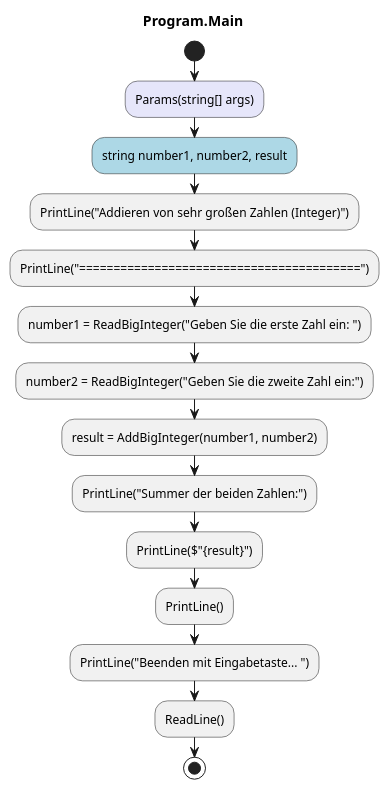
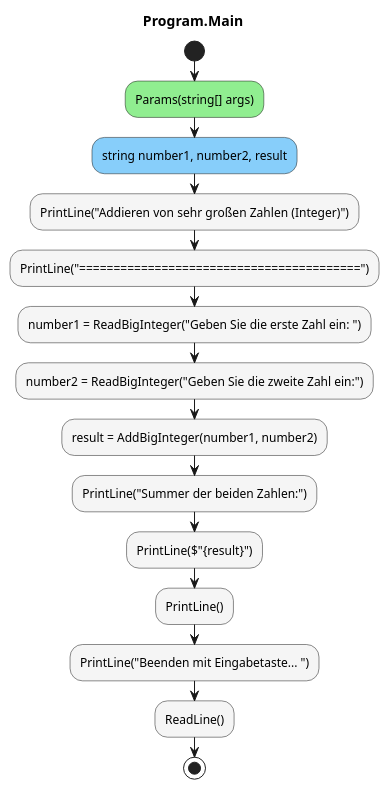
The diagram in AddBigInteger.ConApp/diagrams/ac_Program_Main.puml (leoggehrer/2324-34_ABIF_ACIF_POSE), drawn with PlantUML before and after one commit. The commit also changed 11 other files, not shown here.

Commit message:
Tested sequence diagrams.

```diff
--- a/AddBigInteger.ConApp/diagrams/ac_Program_Main.puml
+++ b/AddBigInteger.ConApp/diagrams/ac_Program_Main.puml
@@ -1,17 +1,17 @@
 @startuml Program.Main
 title Program.Main
 start
-#Lavender:Params(string[] args);
-#LightBlue:string number1, number2, result;
-:PrintLine("Addieren von sehr großen Zahlen (Integer)");
-:PrintLine("=========================================");
-:number1 = ReadBigInteger("Geben Sie die erste Zahl ein: ");
-:number2 = ReadBigInteger("Geben Sie die zweite Zahl ein:");
-:result = AddBigInteger(number1, number2);
-:PrintLine("Summer der beiden Zahlen:");
-:PrintLine($"{result}");
-:PrintLine();
-:PrintLine("Beenden mit Eingabetaste... ");
-:ReadLine();
+#LightGreen:Params(string[] args);
+#LightSkyBlue:string number1, number2, result;
+#WhiteSmoke:PrintLine("Addieren von sehr großen Zahlen (Integer)");
+#WhiteSmoke:PrintLine("=========================================");
+#WhiteSmoke:number1 = ReadBigInteger("Geben Sie die erste Zahl ein: ");
+#WhiteSmoke:number2 = ReadBigInteger("Geben Sie die zweite Zahl ein:");
+#WhiteSmoke:result = AddBigInteger(number1, number2);
+#WhiteSmoke:PrintLine("Summer der beiden Zahlen:");
+#WhiteSmoke:PrintLine($"{result}");
+#WhiteSmoke:PrintLine();
+#WhiteSmoke:PrintLine("Beenden mit Eingabetaste... ");
+#WhiteSmoke:ReadLine();
 stop
 @enduml
```
